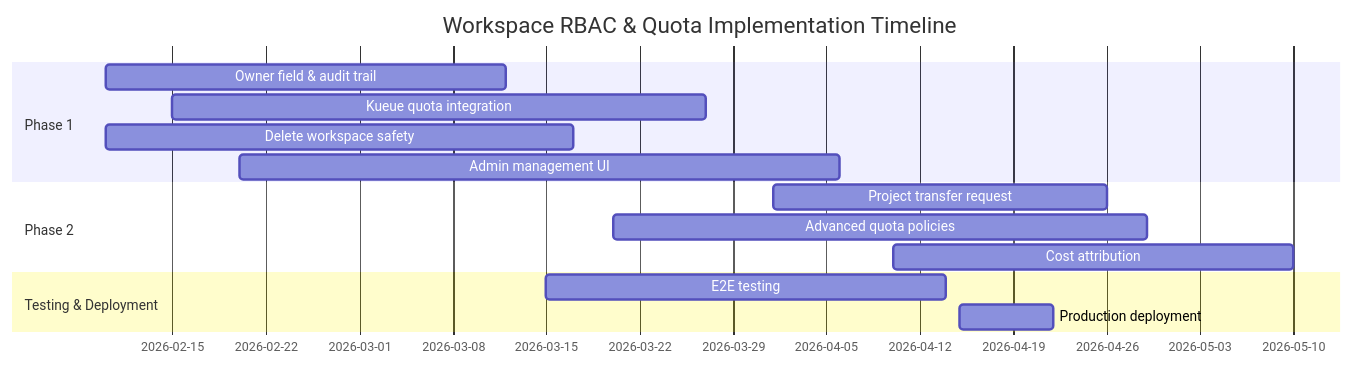
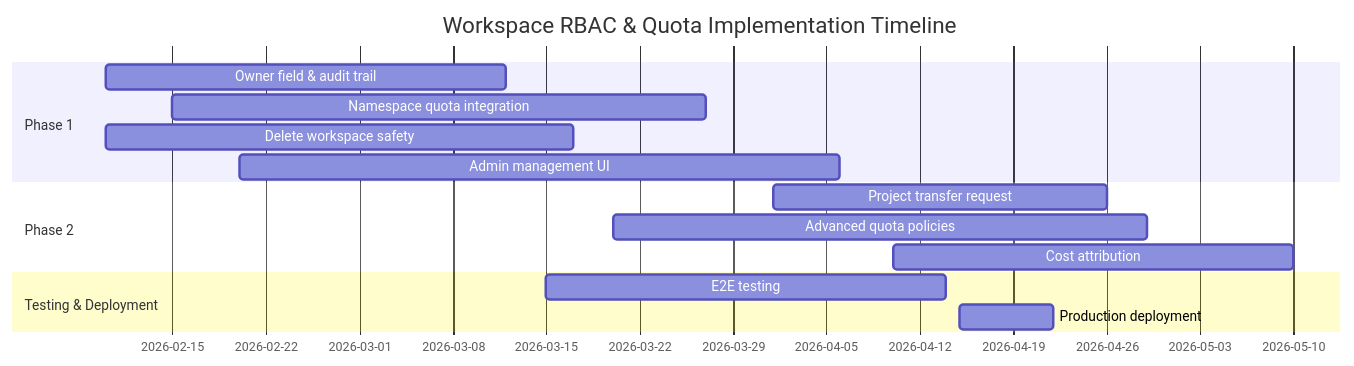
Diagram 11 of 13 in docs/design/ARCHITECTURE_DIAGRAMS.md (ambient-code/platform), drawn with Mermaid before and after one commit. The commit also changed other lines of this file and 7 other files, not shown here.

Commit message:
docs: replace Kueue with namespace ResourceQuota/LimitRange across design docs

````diff
--- a/docs/design/ARCHITECTURE_DIAGRAMS.md
+++ b/docs/design/ARCHITECTURE_DIAGRAMS.md
@@ -351,20 +349,20 @@
 ```mermaid
 gantt
     title Workspace RBAC & Quota Implementation Timeline
     dateFormat YYYY-MM-DD
     
     section Phase 1
     Owner field & audit trail :p1a, 2026-02-10, 30d
-    Kueue quota integration :p1b, 2026-02-15, 40d
+    Namespace quota integration :p1b, 2026-02-15, 40d
     Delete workspace safety :p1c, 2026-02-10, 35d
     Admin management UI :p1d, 2026-02-20, 45d
     
     section Phase 2
     Project transfer request :p2a, 2026-04-01, 25d
     Advanced quota policies :p2b, 2026-03-20, 40d
     Cost attribution :p2c, 2026-04-10, 30d
     
     section Testing & Deployment
     E2E testing :test, 2026-03-15, 30d
     Production deployment :deploy, 2026-04-15, 7d
 ```
````
